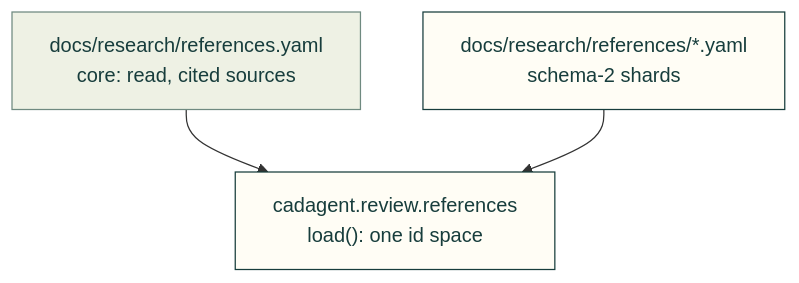
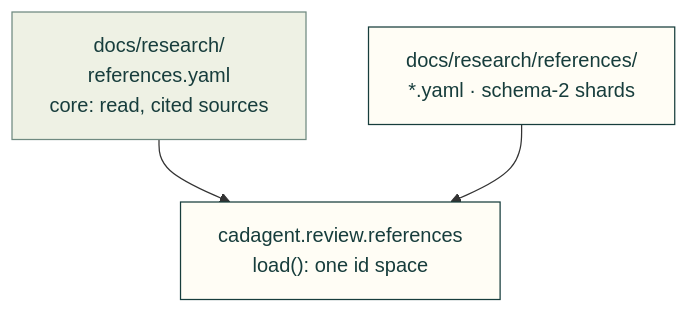
Before and after one commit to Valpatel/cad-agent: the first of 3 diagrams in docs/research/references/README.md, drawn with Mermaid. The commit also changed 1 other file, not shown here.

Commit message:
docs(references): wrap path labels with room for desktop rendering

````diff
--- a/docs/research/references/README.md
+++ b/docs/research/references/README.md
@@ -10,12 +10,12 @@
 ```mermaid
 flowchart TD
-    C["docs/research/references.yaml<br/>core: read, cited sources"]
+    C["docs/research/<br/>references.yaml<br/>core: read, cited sources"]
     L["cadagent.review.references<br/>load(): one id space"]
-    S["docs/research/references/*.yaml<br/>schema-2 shards"]
+    S["docs/research/references/<br/>*.yaml · schema-2 shards"]
     C --> L
     S --> L
     classDef here fill:#fffdf5,stroke:#173d3c,color:#173d3c
     classDef near fill:#eef1e4,stroke:#6f8a80,color:#173d3c
     class S,L here
     class C near
 ```
````
